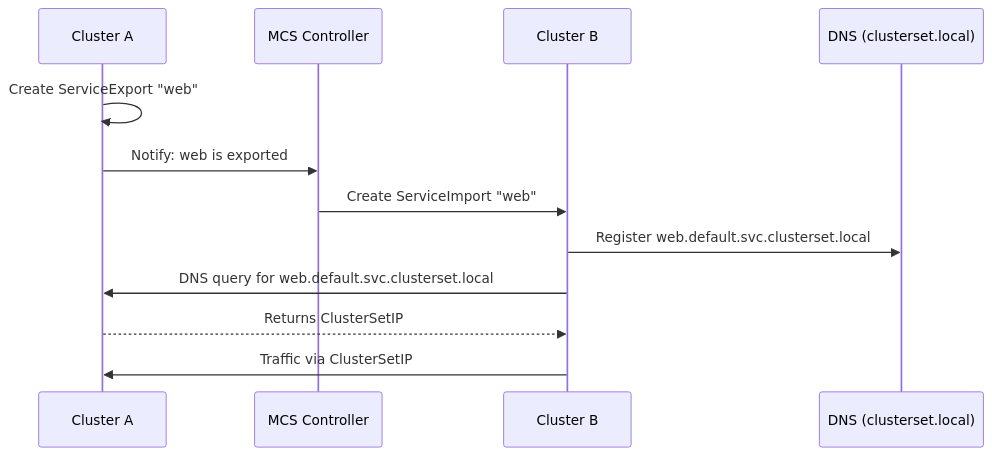
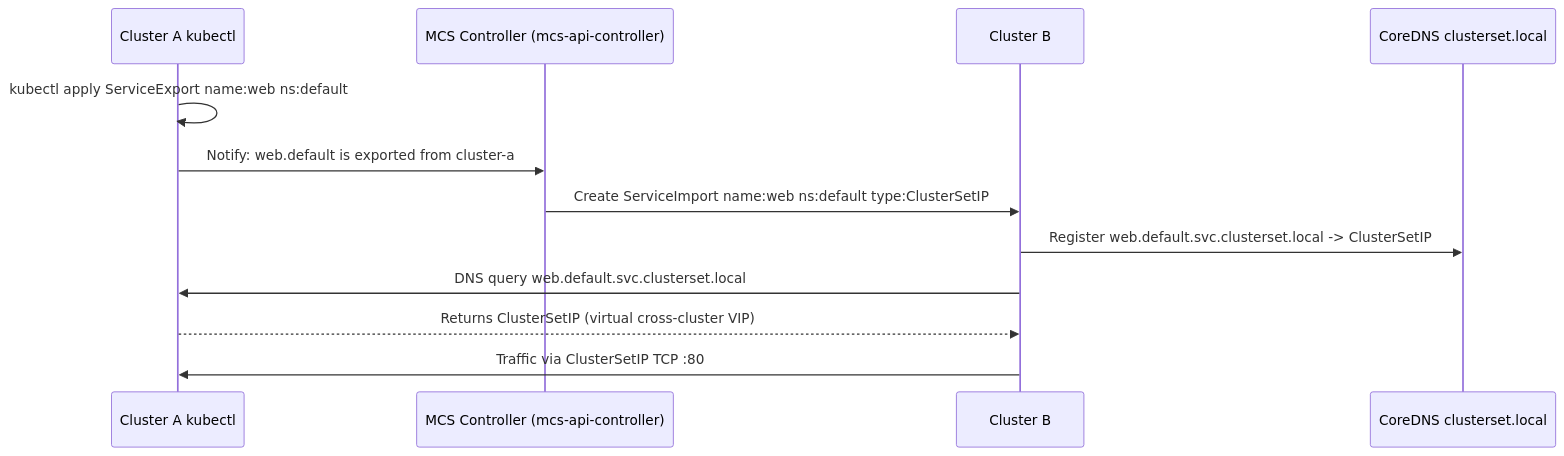
One commit to MykolaLebid/Kubernetes_networking_engineering changed the second of 4 diagrams in lessons/22-multi-cluster-networking.md. Above: the diagram before and after it, drawn with Mermaid. The commit also changed other lines of this file and 35 other files, not shown here.

First line of the commit message:
Restructure all 34 lessons: Theory/Practice split, richer diagrams, industry examples, navigation

````diff
--- a/lessons/22-multi-cluster-networking.md
+++ b/lessons/22-multi-cluster-networking.md
@@ -71,15 +55,15 @@
 ```mermaid
 sequenceDiagram
-    participant CA as Cluster A
-    participant Ctrl as MCS Controller
+    participant CA as Cluster A kubectl
+    participant Ctrl as MCS Controller (mcs-api-controller)
     participant CB as Cluster B
-    participant DNS as DNS (clusterset.local)
+    participant DNS as CoreDNS clusterset.local
 
-    CA->>CA: Create ServiceExport "web"
-    CA->>Ctrl: Notify: web is exported
-    Ctrl->>CB: Create ServiceImport "web"
-    CB->>DNS: Register web.default.svc.clusterset.local
-    CB->>CA: DNS query for web.default.svc.clusterset.local
-    CA-->>CB: Returns ClusterSetIP
-    CB->>CA: Traffic via ClusterSetIP
+    CA->>CA: kubectl apply ServiceExport name:web ns:default
+    CA->>Ctrl: Notify: web.default is exported from cluster-a
+    Ctrl->>CB: Create ServiceImport name:web ns:default type:ClusterSetIP
+    CB->>DNS: Register web.default.svc.clusterset.local -> ClusterSetIP
+    CB->>CA: DNS query web.default.svc.clusterset.local
+    CA-->>CB: Returns ClusterSetIP (virtual cross-cluster VIP)
+    CB->>CA: Traffic via ClusterSetIP TCP :80
 ```
````
